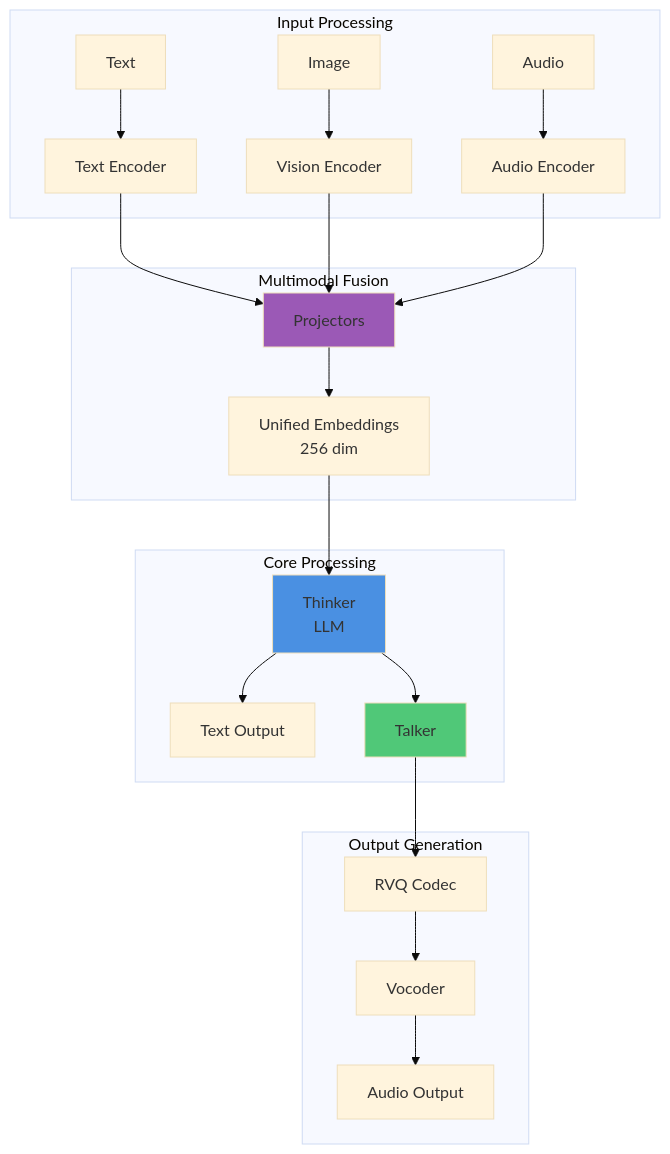
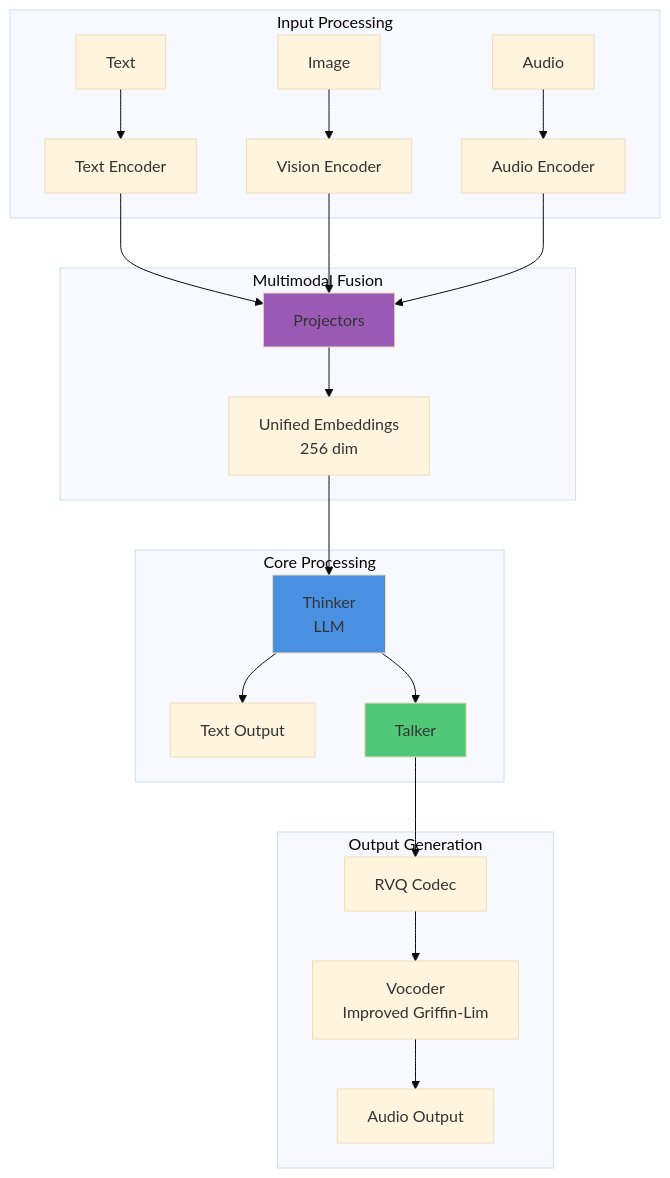
One commit to prskid1000/micro-Omni changed the diagram in study/11_Complete_System_Analysis.md. Above: the diagram before and after it, drawn with Mermaid (base theme). The commit also changed 12 other files, not shown here.

````diff
--- a/study/11_Complete_System_Analysis.md
+++ b/study/11_Complete_System_Analysis.md
@@ -23,31 +23,31 @@
 ```mermaid
 graph TB
     subgraph Input["Input Processing"]
         Text[Text] --> TextEnc[Text Encoder]
         Image[Image] --> VisionEnc[Vision Encoder]
         Audio[Audio] --> AudioEnc[Audio Encoder]
     end
     
     subgraph Fusion["Multimodal Fusion"]
         TextEnc --> Proj[Projectors]
         VisionEnc --> Proj
         AudioEnc --> Proj
         Proj --> Unified[Unified Embeddings<br/>256 dim]
     end
     
     subgraph Core["Core Processing"]
         Unified --> Thinker[Thinker<br/>LLM]
         Thinker --> TextOut[Text Output]
         Thinker --> Talker[Talker]
     end
     
     subgraph Output["Output Generation"]
         Talker --> RVQ[RVQ Codec]
-        RVQ --> Vocoder[Vocoder]
+        RVQ --> Vocoder[Vocoder<br/>Improved Griffin-Lim]
         Vocoder --> AudioOut[Audio Output]
     end
     
     style Thinker fill:#4a90e2
     style Proj fill:#9b59b6
     style Talker fill:#50c878
 ```
````
